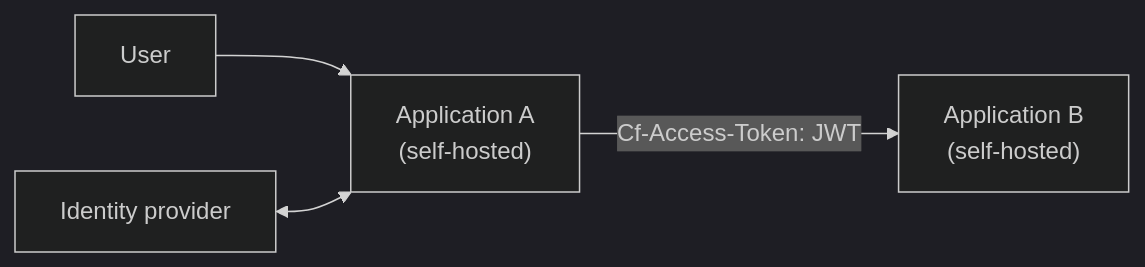
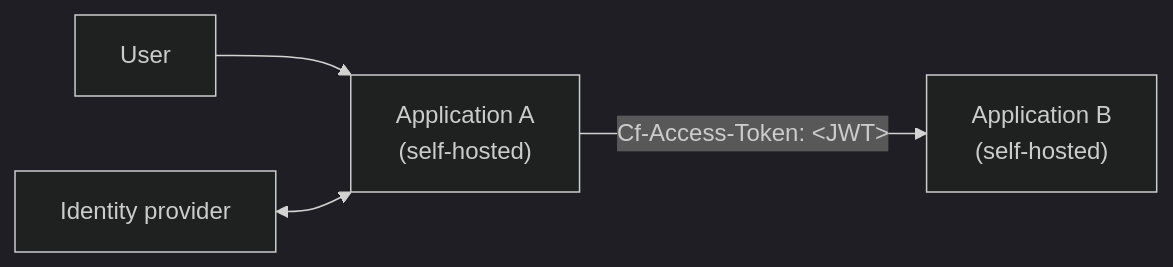
The first of 2 diagrams in src/content/docs/cloudflare-one/access-controls/applications/linked-app-token.mdx (cloudflare/cloudflare-docs), drawn with Mermaid (dark theme) before and after one commit. The commit also changed other lines of this file and 3 other files, not shown here.

````diff
--- a/src/content/docs/cloudflare-one/access-controls/applications/linked-app-token.mdx
+++ b/src/content/docs/cloudflare-one/access-controls/applications/linked-app-token.mdx
@@ -22,7 +22,7 @@
 ```mermaid
 flowchart LR
 accTitle: Self-hosted to self-hosted linked app token flow
     User --> appA["Application A <br> (self-hosted)"]
-    appA -- "Cf-Access-Token: JWT" --> appB["Application B <br> (self-hosted)"]
+    appA -- "Cf-Access-Token: &lt;JWT&gt;" --> appB["Application B <br> (self-hosted)"]
     idp[Identity provider] <--> appA
 ```
````
